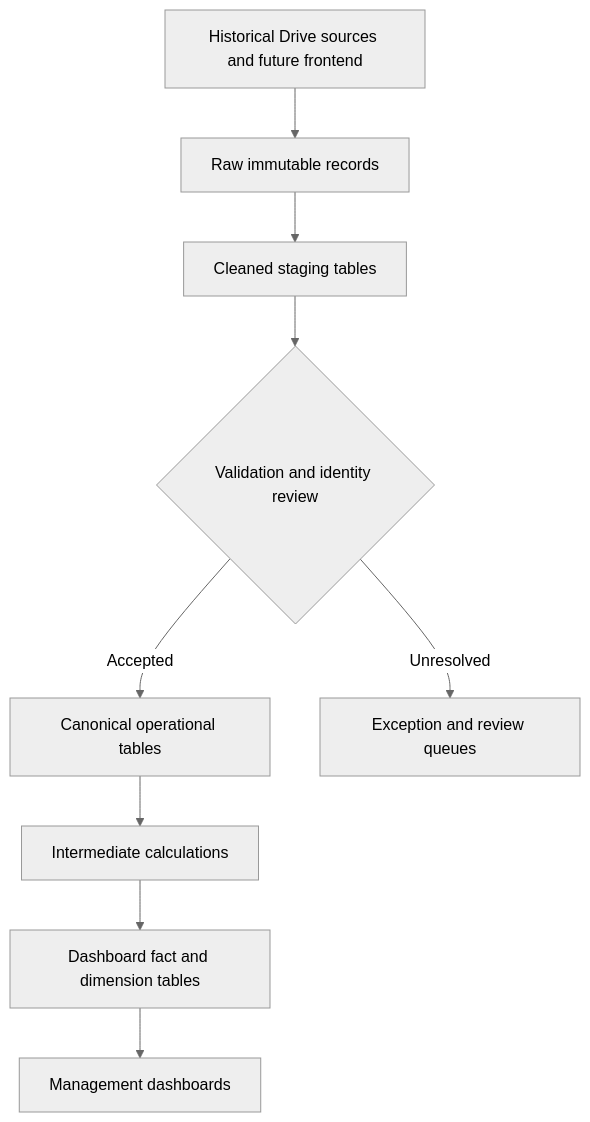
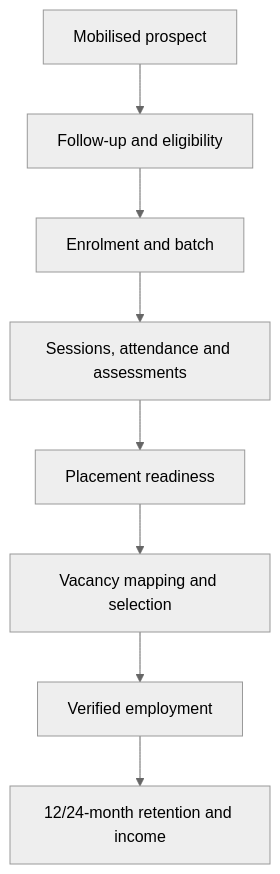
One commit to VoiceofNeedyFoundation/von-integrated-data-system changed the diagram in docs/senior-manager-data-model-review.md. Above: the diagram before and after it, drawn with Mermaid (neutral theme). The commit also changed other lines of this file, not shown here.

Commit message:
Update senior management model review pack

````diff
--- a/docs/senior-manager-data-model-review.md
+++ b/docs/senior-manager-data-model-review.md
@@ -34,11 +13,10 @@
 ```mermaid
 flowchart TD
-    A["Historical Drive sources and future frontend"] --> B["Raw immutable records"]
-    B --> C["Cleaned staging tables"]
-    C --> D{"Validation and identity review"}
-    D -->|Accepted| E["Canonical operational tables"]
-    D -->|Unresolved| F["Exception and review queues"]
-    E --> G["Intermediate calculations"]
-    G --> H["Dashboard fact and dimension tables"]
-    H --> I["Management dashboards"]
+    A["Mobilised prospect"] --> B["Follow-up and eligibility"]
+    B --> C["Enrolment and batch"]
+    C --> D["Sessions, attendance and assessments"]
+    D --> E["Placement readiness"]
+    E --> F["Vacancy mapping and selection"]
+    F --> G["Verified employment"]
+    G --> H["12/24-month retention and income"]
 ```
````
